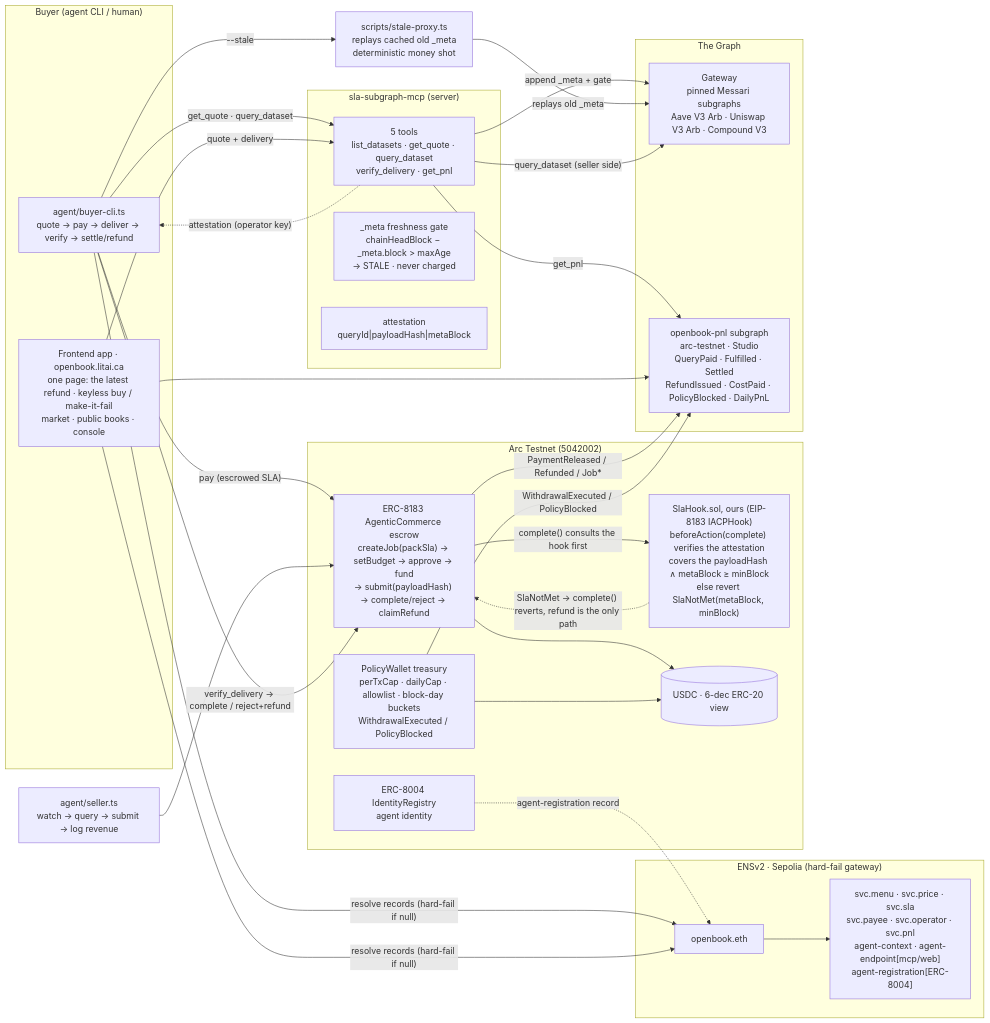
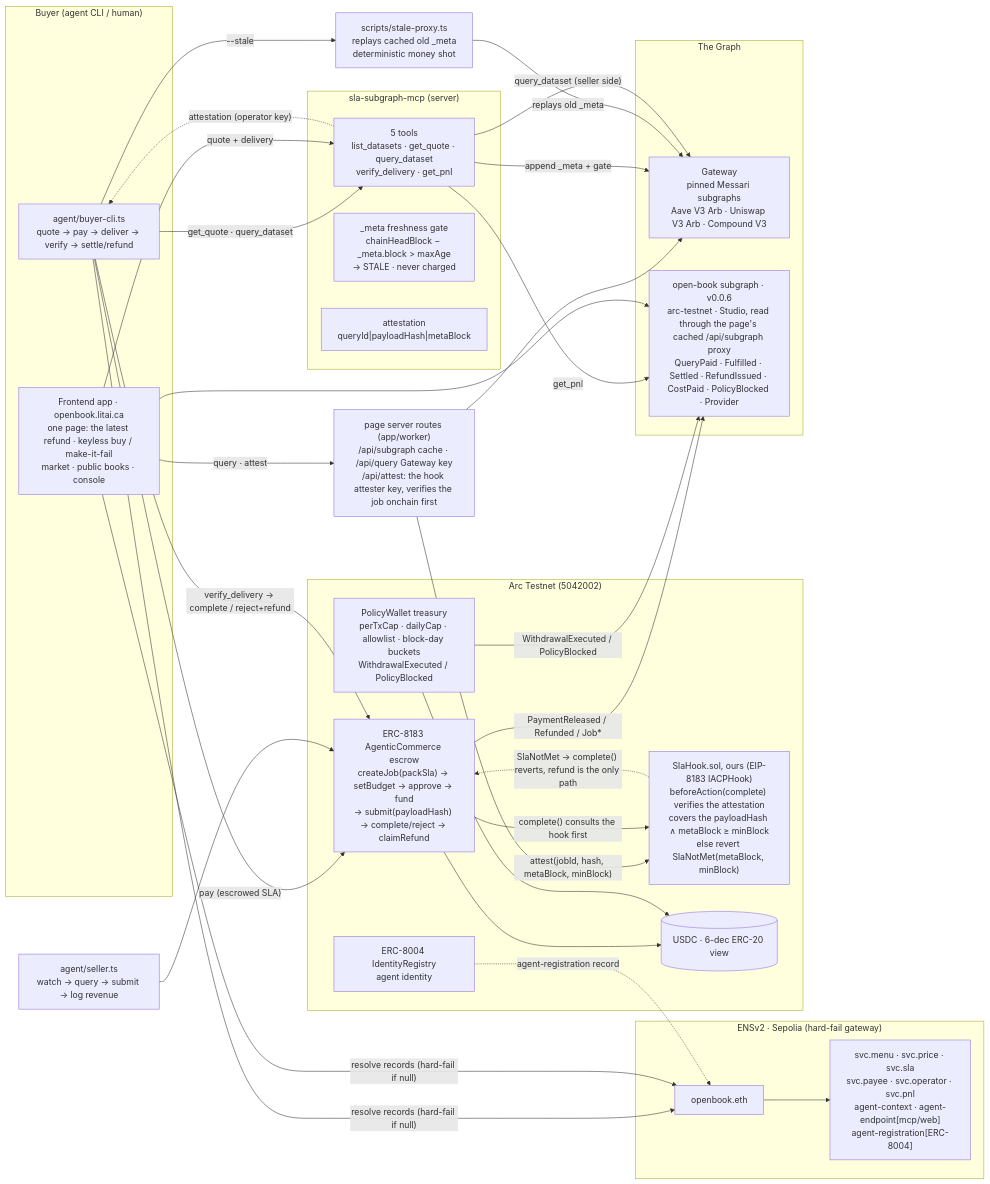
One commit to Aliserag/ethonline2026-openbook changed the diagram in docs/architecture.md. Above: the diagram before and after it, drawn with Mermaid. The commit also changed 28 other files, not shown here.

````diff
--- a/docs/architecture.md
+++ b/docs/architecture.md
@@ -12,56 +12,60 @@
 ```mermaid
 flowchart LR
     subgraph BuyerSide["Buyer (agent CLI / human)"]
         BC[agent/buyer-cli.ts<br/>quote → pay → deliver → verify → settle/refund]
         FE[Frontend app · openbook.litai.ca<br/>one page: the latest refund · keyless buy / make-it-fail<br/>market · public books · console]
     end
 
     subgraph ENSv2["ENSv2 · Sepolia (hard-fail gateway)"]
         NAME[openbook.eth]
         RECS["svc.menu · svc.price · svc.sla<br/>svc.payee · svc.operator · svc.pnl<br/>agent-context · agent-endpoint[mcp/web]<br/>agent-registration[ERC-8004]"]
         NAME --> RECS
     end
 
     subgraph Arc["Arc Testnet (5042002)"]
         J["ERC-8183 AgenticCommerce escrow<br/>createJob(packSla) → setBudget → approve → fund<br/>→ submit(payloadHash) → complete/reject → claimRefund"]
         HOOK["SlaHook.sol, ours (EIP-8183 IACPHook)<br/>beforeAction(complete) verifies the attestation<br/>covers the payloadHash ∧ metaBlock ≥ minBlock<br/>else revert SlaNotMet(metaBlock, minBlock)"]
         W["PolicyWallet treasury<br/>perTxCap · dailyCap · allowlist · block-day buckets<br/>WithdrawalExecuted / PolicyBlocked"]
         ID["ERC-8004 IdentityRegistry<br/>agent identity"]
         USDC[(USDC · 6-dec ERC-20 view)]
     end
 
     subgraph MCP["sla-subgraph-mcp (server)"]
         S["5 tools<br/>list_datasets · get_quote · query_dataset<br/>verify_delivery · get_pnl"]
         GATE["_meta freshness gate<br/>chainHeadBlock − _meta.block > maxAge<br/>→ STALE · never charged"]
         SIGN["attestation<br/>queryId|payloadHash|metaBlock"]
     end
 
     subgraph Graph["The Graph"]
         GW[Gateway<br/>pinned Messari subgraphs<br/>Aave V3 Arb · Uniswap V3 Arb · Compound V3]
-        PNL[openbook-pnl subgraph<br/>arc-testnet · Studio<br/>QueryPaid · Fulfilled · Settled<br/>RefundIssued · CostPaid · PolicyBlocked · DailyPnL]
+        PNL[open-book subgraph · v0.0.6<br/>arc-testnet · Studio, read through the page's cached /api/subgraph proxy<br/>QueryPaid · Fulfilled · Settled · RefundIssued · CostPaid · PolicyBlocked · Provider]
     end
 
     SP[scripts/stale-proxy.ts<br/>replays cached old _meta<br/>deterministic money shot]
+    API["page server routes (app/worker)<br/>/api/subgraph cache · /api/query Gateway key<br/>/api/attest: the hook attester key, verifies the job onchain first"]
+    FE -->|"query · attest"| API
+    API --> GW
+    API -->|"attest(jobId, hash, metaBlock, minBlock)"| HOOK
 
     BC -->|"resolve records (hard-fail if null)"| NAME
     FE -->|"resolve records (hard-fail if null)"| NAME
     BC -->|"get_quote · query_dataset"| S
     FE -->|"quote + delivery"| S
     S -->|"append _meta + gate"| GW
     BC -->|"--stale"| SP
     SP -->|"replays old _meta"| GW
     BC -->|"pay (escrowed SLA)"| J
     S -->|"query_dataset (seller side)"| GW
     SEL[agent/seller.ts<br/>watch → query → submit → log revenue] --> J
     BC -->|"verify_delivery → complete / reject+refund"| J
     J -->|"complete() consults the hook first"| HOOK
     HOOK -.->|"SlaNotMet → complete() reverts, refund is the only path"| J
     J --> USDC
     J -->|"PaymentReleased / Refunded / Job*"| PNL
     W --> USDC
     W -->|"WithdrawalExecuted / PolicyBlocked"| PNL
     S -->|"get_pnl"| PNL
     FE --> PNL
     ID -.->|"agent-registration record"| NAME
     S -.->|"attestation (operator key)"| BC
 ```
````
